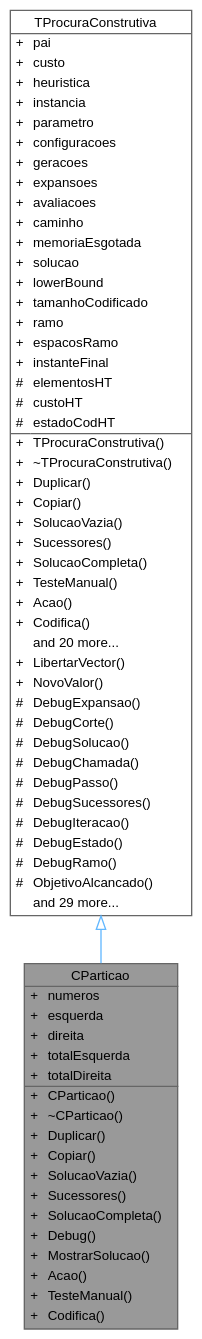
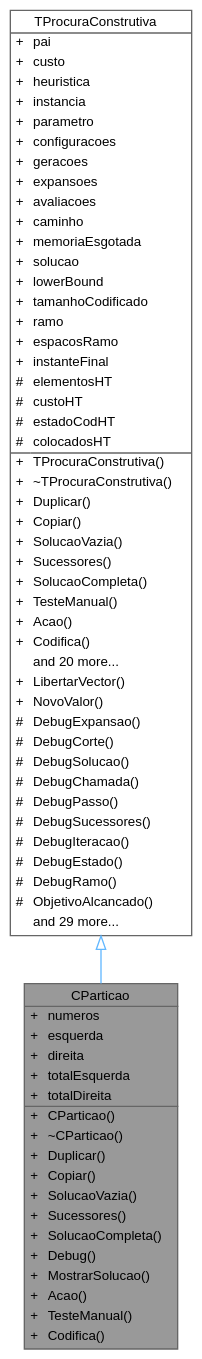
Before and after one commit to jcoelho72/TProcura: the diagram in classCParticao__inherit__graph.dot, drawn with Graphviz. The commit also changed 50 other files, not shown here.

```diff
--- a/classCParticao__inherit__graph.dot
+++ b/classCParticao__inherit__graph.dot
@@ -1,79 +1,80 @@
 digraph "CParticao"
 {
  // LATEX_PDF_SIZE
   bgcolor="transparent";
   edge [fontname=Helvetica,fontsize=10,labelfontname=Helvetica,labelfontsize=10];
   node [fontname=Helvetica,fontsize=10,shape=box,height=0.2,width=0.4];
   Node1 [id="Node000001",shape=plain,label=<<TABLE CELLBORDER="0" BORDER="1"><TR><TD COLSPAN="2" CELLPADDING="1" CELLSPACING="0">CParticao</TD></TR>
 <HR/>
 <TR><TD VALIGN="top" CELLPADDING="1" CELLSPACING="0">+</TD><TD VALIGN="top" ALIGN="LEFT" CELLPADDING="1" CELLSPACING="0">numeros<BR ALIGN="LEFT"/></TD></TR>
 <TR><TD VALIGN="top" CELLPADDING="1" CELLSPACING="0">+</TD><TD VALIGN="top" ALIGN="LEFT" CELLPADDING="1" CELLSPACING="0">esquerda<BR ALIGN="LEFT"/></TD></TR>
 <TR><TD VALIGN="top" CELLPADDING="1" CELLSPACING="0">+</TD><TD VALIGN="top" ALIGN="LEFT" CELLPADDING="1" CELLSPACING="0">direita<BR ALIGN="LEFT"/></TD></TR>
 <TR><TD VALIGN="top" CELLPADDING="1" CELLSPACING="0">+</TD><TD VALIGN="top" ALIGN="LEFT" CELLPADDING="1" CELLSPACING="0">totalEsquerda<BR ALIGN="LEFT"/></TD></TR>
 <TR><TD VALIGN="top" CELLPADDING="1" CELLSPACING="0">+</TD><TD VALIGN="top" ALIGN="LEFT" CELLPADDING="1" CELLSPACING="0">totalDireita<BR ALIGN="LEFT"/></TD></TR>
 <HR/>
 <TR><TD VALIGN="top" CELLPADDING="1" CELLSPACING="0">+</TD><TD VALIGN="top" ALIGN="LEFT" CELLPADDING="1" CELLSPACING="0">CParticao()<BR ALIGN="LEFT"/></TD></TR>
 <TR><TD VALIGN="top" CELLPADDING="1" CELLSPACING="0">+</TD><TD VALIGN="top" ALIGN="LEFT" CELLPADDING="1" CELLSPACING="0">~CParticao()<BR ALIGN="LEFT"/></TD></TR>
 <TR><TD VALIGN="top" CELLPADDING="1" CELLSPACING="0">+</TD><TD VALIGN="top" ALIGN="LEFT" CELLPADDING="1" CELLSPACING="0">Duplicar()<BR ALIGN="LEFT"/></TD></TR>
 <TR><TD VALIGN="top" CELLPADDING="1" CELLSPACING="0">+</TD><TD VALIGN="top" ALIGN="LEFT" CELLPADDING="1" CELLSPACING="0">Copiar()<BR ALIGN="LEFT"/></TD></TR>
 <TR><TD VALIGN="top" CELLPADDING="1" CELLSPACING="0">+</TD><TD VALIGN="top" ALIGN="LEFT" CELLPADDING="1" CELLSPACING="0">SolucaoVazia()<BR ALIGN="LEFT"/></TD></TR>
 <TR><TD VALIGN="top" CELLPADDING="1" CELLSPACING="0">+</TD><TD VALIGN="top" ALIGN="LEFT" CELLPADDING="1" CELLSPACING="0">Sucessores()<BR ALIGN="LEFT"/></TD></TR>
 <TR><TD VALIGN="top" CELLPADDING="1" CELLSPACING="0">+</TD><TD VALIGN="top" ALIGN="LEFT" CELLPADDING="1" CELLSPACING="0">SolucaoCompleta()<BR ALIGN="LEFT"/></TD></TR>
 <TR><TD VALIGN="top" CELLPADDING="1" CELLSPACING="0">+</TD><TD VALIGN="top" ALIGN="LEFT" CELLPADDING="1" CELLSPACING="0">Debug()<BR ALIGN="LEFT"/></TD></TR>
 <TR><TD VALIGN="top" CELLPADDING="1" CELLSPACING="0">+</TD><TD VALIGN="top" ALIGN="LEFT" CELLPADDING="1" CELLSPACING="0">MostrarSolucao()<BR ALIGN="LEFT"/></TD></TR>
 <TR><TD VALIGN="top" CELLPADDING="1" CELLSPACING="0">+</TD><TD VALIGN="top" ALIGN="LEFT" CELLPADDING="1" CELLSPACING="0">Acao()<BR ALIGN="LEFT"/></TD></TR>
 <TR><TD VALIGN="top" CELLPADDING="1" CELLSPACING="0">+</TD><TD VALIGN="top" ALIGN="LEFT" CELLPADDING="1" CELLSPACING="0">TesteManual()<BR ALIGN="LEFT"/></TD></TR>
 <TR><TD VALIGN="top" CELLPADDING="1" CELLSPACING="0">+</TD><TD VALIGN="top" ALIGN="LEFT" CELLPADDING="1" CELLSPACING="0">Codifica()<BR ALIGN="LEFT"/></TD></TR>
 </TABLE>>
 ,height=0.2,width=0.4,color="gray40", fillcolor="grey60", style="filled", fontcolor="black",tooltip="Representa um estado do problema da partição."];
   Node2 -> Node1 [id="edge2_Node000001_Node000002",dir="back",color="steelblue1",style="solid",tooltip=" ",arrowtail="onormal"];
   Node2 [id="Node000002",shape=plain,label=<<TABLE CELLBORDER="0" BORDER="1"><TR><TD COLSPAN="2" CELLPADDING="1" CELLSPACING="0">TProcuraConstrutiva</TD></TR>
 <HR/>
 <TR><TD VALIGN="top" CELLPADDING="1" CELLSPACING="0">+</TD><TD VALIGN="top" ALIGN="LEFT" CELLPADDING="1" CELLSPACING="0">pai<BR ALIGN="LEFT"/></TD></TR>
 <TR><TD VALIGN="top" CELLPADDING="1" CELLSPACING="0">+</TD><TD VALIGN="top" ALIGN="LEFT" CELLPADDING="1" CELLSPACING="0">custo<BR ALIGN="LEFT"/></TD></TR>
 <TR><TD VALIGN="top" CELLPADDING="1" CELLSPACING="0">+</TD><TD VALIGN="top" ALIGN="LEFT" CELLPADDING="1" CELLSPACING="0">heuristica<BR ALIGN="LEFT"/></TD></TR>
 <TR><TD VALIGN="top" CELLPADDING="1" CELLSPACING="0">+</TD><TD VALIGN="top" ALIGN="LEFT" CELLPADDING="1" CELLSPACING="0">instancia<BR ALIGN="LEFT"/></TD></TR>
 <TR><TD VALIGN="top" CELLPADDING="1" CELLSPACING="0">+</TD><TD VALIGN="top" ALIGN="LEFT" CELLPADDING="1" CELLSPACING="0">parametro<BR ALIGN="LEFT"/></TD></TR>
 <TR><TD VALIGN="top" CELLPADDING="1" CELLSPACING="0">+</TD><TD VALIGN="top" ALIGN="LEFT" CELLPADDING="1" CELLSPACING="0">configuracoes<BR ALIGN="LEFT"/></TD></TR>
 <TR><TD VALIGN="top" CELLPADDING="1" CELLSPACING="0">+</TD><TD VALIGN="top" ALIGN="LEFT" CELLPADDING="1" CELLSPACING="0">geracoes<BR ALIGN="LEFT"/></TD></TR>
 <TR><TD VALIGN="top" CELLPADDING="1" CELLSPACING="0">+</TD><TD VALIGN="top" ALIGN="LEFT" CELLPADDING="1" CELLSPACING="0">expansoes<BR ALIGN="LEFT"/></TD></TR>
 <TR><TD VALIGN="top" CELLPADDING="1" CELLSPACING="0">+</TD><TD VALIGN="top" ALIGN="LEFT" CELLPADDING="1" CELLSPACING="0">avaliacoes<BR ALIGN="LEFT"/></TD></TR>
 <TR><TD VALIGN="top" CELLPADDING="1" CELLSPACING="0">+</TD><TD VALIGN="top" ALIGN="LEFT" CELLPADDING="1" CELLSPACING="0">caminho<BR ALIGN="LEFT"/></TD></TR>
 <TR><TD VALIGN="top" CELLPADDING="1" CELLSPACING="0">+</TD><TD VALIGN="top" ALIGN="LEFT" CELLPADDING="1" CELLSPACING="0">memoriaEsgotada<BR ALIGN="LEFT"/></TD></TR>
 <TR><TD VALIGN="top" CELLPADDING="1" CELLSPACING="0">+</TD><TD VALIGN="top" ALIGN="LEFT" CELLPADDING="1" CELLSPACING="0">solucao<BR ALIGN="LEFT"/></TD></TR>
 <TR><TD VALIGN="top" CELLPADDING="1" CELLSPACING="0">+</TD><TD VALIGN="top" ALIGN="LEFT" CELLPADDING="1" CELLSPACING="0">lowerBound<BR ALIGN="LEFT"/></TD></TR>
 <TR><TD VALIGN="top" CELLPADDING="1" CELLSPACING="0">+</TD><TD VALIGN="top" ALIGN="LEFT" CELLPADDING="1" CELLSPACING="0">tamanhoCodificado<BR ALIGN="LEFT"/></TD></TR>
 <TR><TD VALIGN="top" CELLPADDING="1" CELLSPACING="0">+</TD><TD VALIGN="top" ALIGN="LEFT" CELLPADDING="1" CELLSPACING="0">ramo<BR ALIGN="LEFT"/></TD></TR>
 <TR><TD VALIGN="top" CELLPADDING="1" CELLSPACING="0">+</TD><TD VALIGN="top" ALIGN="LEFT" CELLPADDING="1" CELLSPACING="0">espacosRamo<BR ALIGN="LEFT"/></TD></TR>
 <TR><TD VALIGN="top" CELLPADDING="1" CELLSPACING="0">+</TD><TD VALIGN="top" ALIGN="LEFT" CELLPADDING="1" CELLSPACING="0">instanteFinal<BR ALIGN="LEFT"/></TD></TR>
 <TR><TD VALIGN="top" CELLPADDING="1" CELLSPACING="0">#</TD><TD VALIGN="top" ALIGN="LEFT" CELLPADDING="1" CELLSPACING="0">elementosHT<BR ALIGN="LEFT"/></TD></TR>
 <TR><TD VALIGN="top" CELLPADDING="1" CELLSPACING="0">#</TD><TD VALIGN="top" ALIGN="LEFT" CELLPADDING="1" CELLSPACING="0">custoHT<BR ALIGN="LEFT"/></TD></TR>
 <TR><TD VALIGN="top" CELLPADDING="1" CELLSPACING="0">#</TD><TD VALIGN="top" ALIGN="LEFT" CELLPADDING="1" CELLSPACING="0">estadoCodHT<BR ALIGN="LEFT"/></TD></TR>
+<TR><TD VALIGN="top" CELLPADDING="1" CELLSPACING="0">#</TD><TD VALIGN="top" ALIGN="LEFT" CELLPADDING="1" CELLSPACING="0">colocadosHT<BR ALIGN="LEFT"/></TD></TR>
 <HR/>
 <TR><TD VALIGN="top" CELLPADDING="1" CELLSPACING="0">+</TD><TD VALIGN="top" ALIGN="LEFT" CELLPADDING="1" CELLSPACING="0">TProcuraConstrutiva()<BR ALIGN="LEFT"/></TD></TR>
 <TR><TD VALIGN="top" CELLPADDING="1" CELLSPACING="0">+</TD><TD VALIGN="top" ALIGN="LEFT" CELLPADDING="1" CELLSPACING="0">~TProcuraConstrutiva()<BR ALIGN="LEFT"/></TD></TR>
 <TR><TD VALIGN="top" CELLPADDING="1" CELLSPACING="0">+</TD><TD VALIGN="top" ALIGN="LEFT" CELLPADDING="1" CELLSPACING="0">Duplicar()<BR ALIGN="LEFT"/></TD></TR>
 <TR><TD VALIGN="top" CELLPADDING="1" CELLSPACING="0">+</TD><TD VALIGN="top" ALIGN="LEFT" CELLPADDING="1" CELLSPACING="0">Copiar()<BR ALIGN="LEFT"/></TD></TR>
 <TR><TD VALIGN="top" CELLPADDING="1" CELLSPACING="0">+</TD><TD VALIGN="top" ALIGN="LEFT" CELLPADDING="1" CELLSPACING="0">SolucaoVazia()<BR ALIGN="LEFT"/></TD></TR>
 <TR><TD VALIGN="top" CELLPADDING="1" CELLSPACING="0">+</TD><TD VALIGN="top" ALIGN="LEFT" CELLPADDING="1" CELLSPACING="0">Sucessores()<BR ALIGN="LEFT"/></TD></TR>
 <TR><TD VALIGN="top" CELLPADDING="1" CELLSPACING="0">+</TD><TD VALIGN="top" ALIGN="LEFT" CELLPADDING="1" CELLSPACING="0">SolucaoCompleta()<BR ALIGN="LEFT"/></TD></TR>
 <TR><TD VALIGN="top" CELLPADDING="1" CELLSPACING="0">+</TD><TD VALIGN="top" ALIGN="LEFT" CELLPADDING="1" CELLSPACING="0">TesteManual()<BR ALIGN="LEFT"/></TD></TR>
 <TR><TD VALIGN="top" CELLPADDING="1" CELLSPACING="0">+</TD><TD VALIGN="top" ALIGN="LEFT" CELLPADDING="1" CELLSPACING="0">Acao()<BR ALIGN="LEFT"/></TD></TR>
 <TR><TD VALIGN="top" CELLPADDING="1" CELLSPACING="0">+</TD><TD VALIGN="top" ALIGN="LEFT" CELLPADDING="1" CELLSPACING="0">Codifica()<BR ALIGN="LEFT"/></TD></TR>
 <TR><TD VALIGN="top" CELLPADDING="1" CELLSPACING="0"></TD><TD VALIGN="top" ALIGN="LEFT" CELLPADDING="1" CELLSPACING="0">and 20 more...</TD></TR>
 <TR><TD VALIGN="top" CELLPADDING="1" CELLSPACING="0">+</TD><TD VALIGN="top" ALIGN="LEFT" CELLPADDING="1" CELLSPACING="0">LibertarVector()<BR ALIGN="LEFT"/></TD></TR>
 <TR><TD VALIGN="top" CELLPADDING="1" CELLSPACING="0">+</TD><TD VALIGN="top" ALIGN="LEFT" CELLPADDING="1" CELLSPACING="0">NovoValor()<BR ALIGN="LEFT"/></TD></TR>
 <TR><TD VALIGN="top" CELLPADDING="1" CELLSPACING="0">#</TD><TD VALIGN="top" ALIGN="LEFT" CELLPADDING="1" CELLSPACING="0">DebugExpansao()<BR ALIGN="LEFT"/></TD></TR>
 <TR><TD VALIGN="top" CELLPADDING="1" CELLSPACING="0">#</TD><TD VALIGN="top" ALIGN="LEFT" CELLPADDING="1" CELLSPACING="0">DebugCorte()<BR ALIGN="LEFT"/></TD></TR>
 <TR><TD VALIGN="top" CELLPADDING="1" CELLSPACING="0">#</TD><TD VALIGN="top" ALIGN="LEFT" CELLPADDING="1" CELLSPACING="0">DebugSolucao()<BR ALIGN="LEFT"/></TD></TR>
 <TR><TD VALIGN="top" CELLPADDING="1" CELLSPACING="0">#</TD><TD VALIGN="top" ALIGN="LEFT" CELLPADDING="1" CELLSPACING="0">DebugChamada()<BR ALIGN="LEFT"/></TD></TR>
 <TR><TD VALIGN="top" CELLPADDING="1" CELLSPACING="0">#</TD><TD VALIGN="top" ALIGN="LEFT" CELLPADDING="1" CELLSPACING="0">DebugPasso()<BR ALIGN="LEFT"/></TD></TR>
 <TR><TD VALIGN="top" CELLPADDING="1" CELLSPACING="0">#</TD><TD VALIGN="top" ALIGN="LEFT" CELLPADDING="1" CELLSPACING="0">DebugSucessores()<BR ALIGN="LEFT"/></TD></TR>
 <TR><TD VALIGN="top" CELLPADDING="1" CELLSPACING="0">#</TD><TD VALIGN="top" ALIGN="LEFT" CELLPADDING="1" CELLSPACING="0">DebugIteracao()<BR ALIGN="LEFT"/></TD></TR>
 <TR><TD VALIGN="top" CELLPADDING="1" CELLSPACING="0">#</TD><TD VALIGN="top" ALIGN="LEFT" CELLPADDING="1" CELLSPACING="0">DebugEstado()<BR ALIGN="LEFT"/></TD></TR>
 <TR><TD VALIGN="top" CELLPADDING="1" CELLSPACING="0">#</TD><TD VALIGN="top" ALIGN="LEFT" CELLPADDING="1" CELLSPACING="0">DebugRamo()<BR ALIGN="LEFT"/></TD></TR>
 <TR><TD VALIGN="top" CELLPADDING="1" CELLSPACING="0">#</TD><TD VALIGN="top" ALIGN="LEFT" CELLPADDING="1" CELLSPACING="0">ObjetivoAlcancado()<BR ALIGN="LEFT"/></TD></TR>
 <TR><TD VALIGN="top" CELLPADDING="1" CELLSPACING="0"></TD><TD VALIGN="top" ALIGN="LEFT" CELLPADDING="1" CELLSPACING="0">and 29 more...</TD></TR>
 </TABLE>>
 ,height=0.2,width=0.4,color="gray40", fillcolor="white", style="filled",URL="$classTProcuraConstrutiva.html",tooltip="Representa um estado no espaço de estados."];
 }
```
